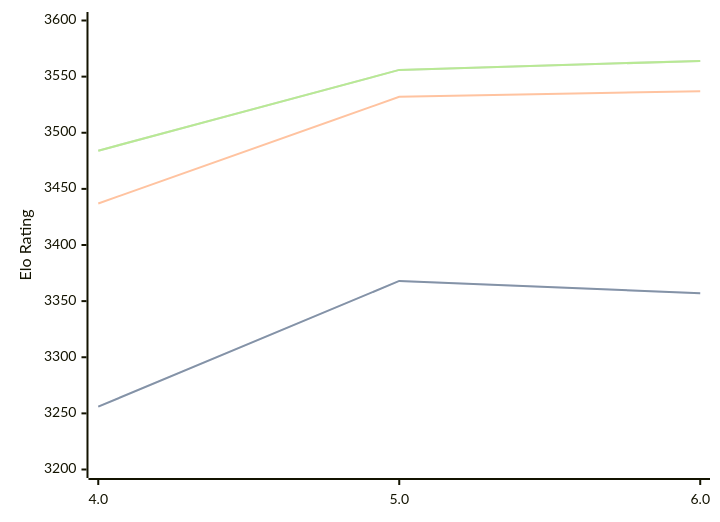
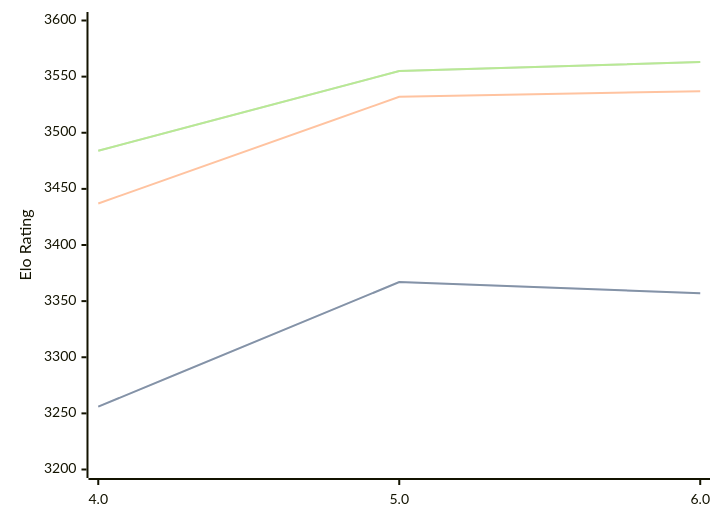
The diagram in engines/Tarnished.md (computer-chess-index/cci), drawn with Mermaid before and after one commit. The commit also changed other lines of this file, not shown here.

Commit message:
Update CCI Ratings (ELO VLTC) - 2026-09-11

````diff
--- a/engines/Tarnished.md
+++ b/engines/Tarnished.md
@@ -33,11 +33,11 @@
 ```mermaid
 %%{init: {"theme":"base","themeVariables":{"seriesColors:['#a3a3a3','#222221','#faa371']}}}%%
 xychart-beta
   x-axis ["4.0", "5.0", "6.0"]
   y-axis "Elo Rating" 3200 --> 3600
-  line "" [3256, 3368, 3357]
-  line "STC (8.0+0.08s)" [3256, 3368, 3357]
+  line "" [3256, 3367, 3357]
+  line "STC (8.0+0.08s)" [3256, 3367, 3357]
   line "LTC (60.0+0.60s)" [3437, 3532, 3537]
-  line "" [3484, 3556, 3564]
-  line "VLTC (2m24s+1.12s)" [3484, 3556, 3564]
+  line "" [3484, 3555, 3563]
+  line "VLTC (2m24s+1.12s)" [3484, 3555, 3563]
 ```
````
